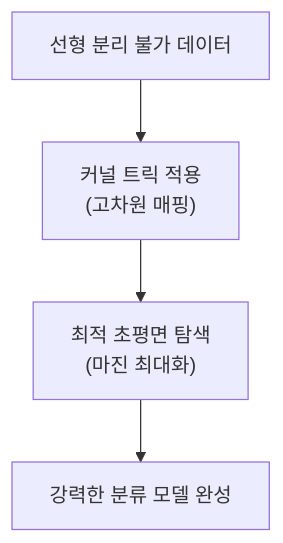
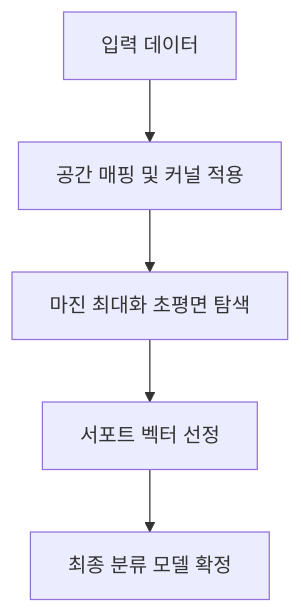
One commit to jeonck/ai-eng changed the second of 2 diagrams in docs/infrastructure/models/svm.md. Above: the diagram before and after it, drawn with Mermaid. The commit also changed other lines of this file and 15 other files, not shown here.

````diff
--- a/docs/infrastructure/models/svm.md
+++ b/docs/infrastructure/models/svm.md
@@ -31,6 +27,7 @@
 ```mermaid
 graph TD
-    A2["선형 분리 불가 데이터"] --> B2["커널 트릭 적용<br/>(고차원 매핑)"]
-    B2 --> C2["최적 초평면 탐색<br/>(마진 최대화)"]
-    C2 --> D2["강력한 분류 모델 완성"]
+    A2["입력 데이터"] --> B2["공간 매핑 및 커널 적용"]
+    B2 --> C2["마진 최대화 초평면 탐색"]
+    C2 --> D2["서포트 벡터 선정"]
+    D2 --> E2["최종 분류 모델 확정"]
 ```
````
